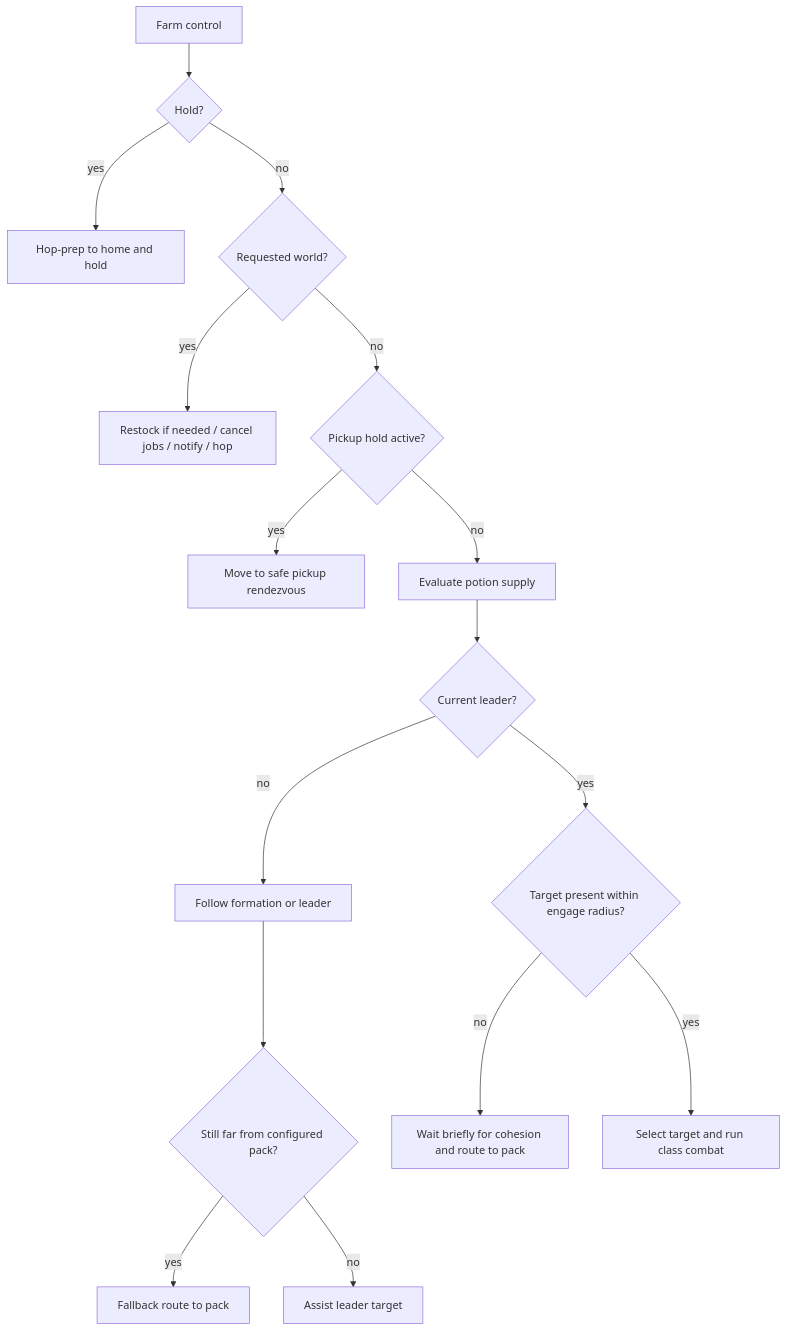
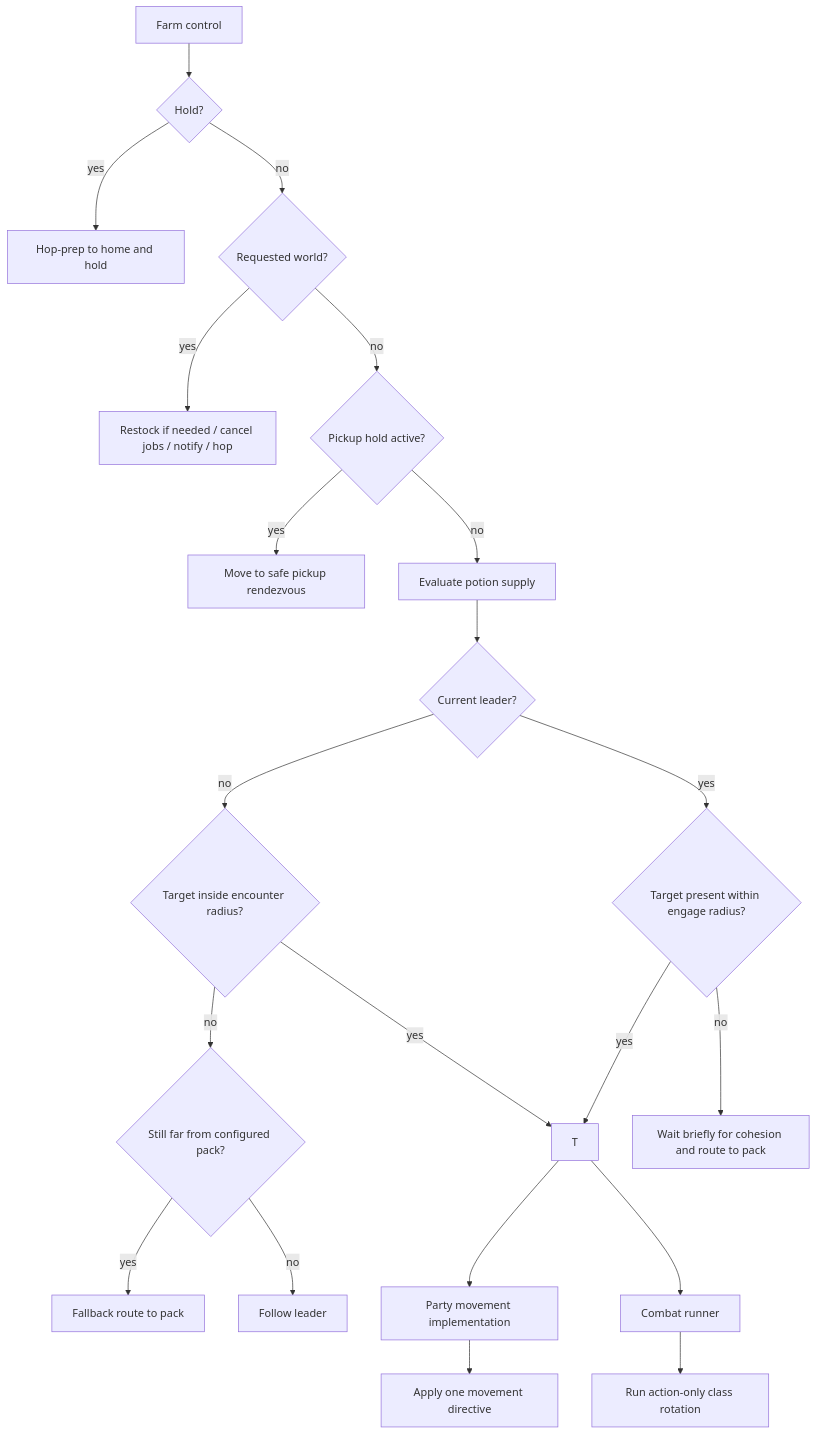
The third of 7 diagrams in adventureland/FIGHTER_PLAN.md (lizizatt/scratch), drawn with Mermaid before and after one commit. The commit also changed other lines of this file and 9 other files, not shown here.

Commit message:
Separate party movement from combat

````diff
--- a/adventureland/FIGHTER_PLAN.md
+++ b/adventureland/FIGHTER_PLAN.md
@@ -154,18 +157,23 @@
 ```mermaid
 flowchart TD
     A[Farm control] --> H{Hold?}
     H -- yes --> HH[Hop-prep to home and hold]
     H -- no --> W{Requested world?}
     W -- yes --> WH[Restock if needed / cancel jobs / notify / hop]
     W -- no --> P{Pickup hold active?}
     P -- yes --> PM[Move to safe pickup rendezvous]
     P -- no --> R[Evaluate potion supply]
     R --> L{Current leader?}
-    L -- no --> F[Follow formation or leader]
-    F --> FP{Still far from configured pack?}
+    L -- no --> F{Target inside encounter radius?}
+    F -- no --> FP{Still far from configured pack?}
+    F -- yes --> T
     FP -- yes --> FB[Fallback route to pack]
-    FP -- no --> FC[Assist leader target]
+    FP -- no --> FF[Follow leader]
     L -- yes --> M{Target present within engage radius?}
     M -- no --> C[Wait briefly for cohesion and route to pack]
-    M -- yes --> T[Select target and run class combat]
+    M -- yes --> T
+    T --> MV[Party movement implementation]
+    T --> CR[Combat runner]
+    MV --> ME[Apply one movement directive]
+    CR --> CE[Run action-only class rotation]
 ```
````
